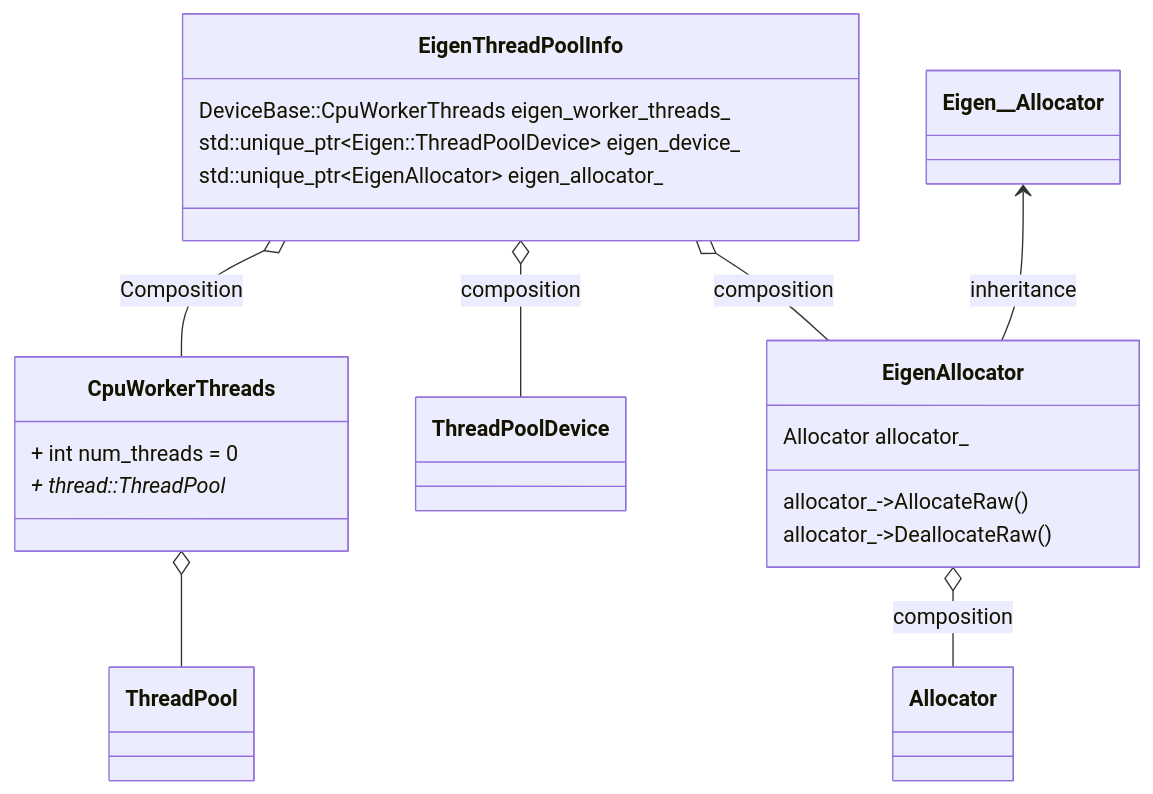
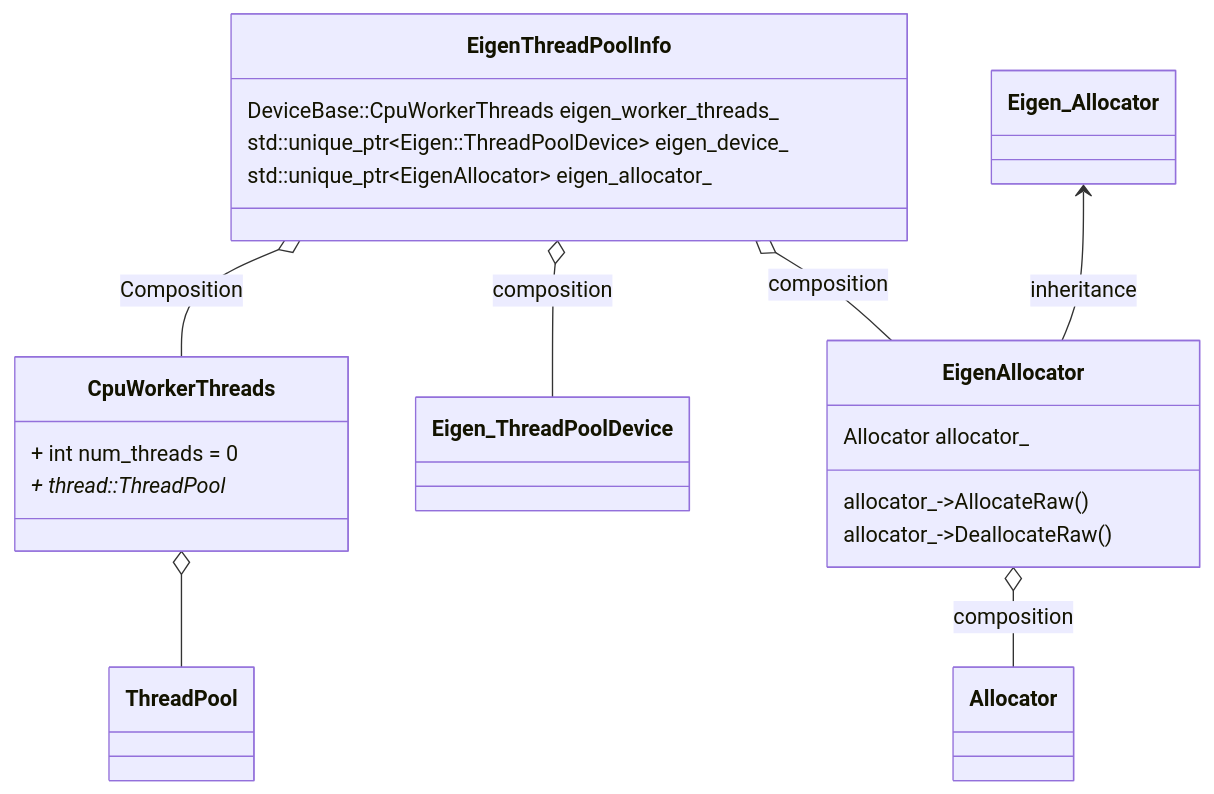
Before and after one commit to szkang1990/blog: the third of 3 diagrams in tensorflow源码精读/tensorflow源码精读之Device.md, drawn with Mermaid. The commit also changed other lines of this file, not shown here.

````diff
--- a/tensorflow源码精读/tensorflow源码精读之Device.md
+++ b/tensorflow源码精读/tensorflow源码精读之Device.md
@@ -427,22 +432,22 @@
 ```mermaid
 classDiagram
   EigenThreadPoolInfo   o-- CpuWorkerThreads: Composition
   EigenThreadPoolInfo : DeviceBase&#58&#58CpuWorkerThreads eigen_worker_threads_
   EigenThreadPoolInfo : std&#58&#58unique_ptr&#60Eigen&#58&#58ThreadPoolDevice> eigen_device_
   EigenThreadPoolInfo : std&#58&#58unique_ptr&#60EigenAllocator> eigen_allocator_
   CpuWorkerThreads : + int num_threads = 0
   CpuWorkerThreads : + thread&#58&#58ThreadPool* 
-  EigenThreadPoolInfo o-- ThreadPoolDevice : composition
+  EigenThreadPoolInfo o-- Eigen_ThreadPoolDevice : composition
   EigenThreadPoolInfo o-- EigenAllocator : composition
-  Eigen__Allocator <-- EigenAllocator: inheritance
+  Eigen_Allocator <-- EigenAllocator: inheritance
   EigenAllocator : Allocator allocator_
   EigenAllocator : allocator_->AllocateRaw()
   EigenAllocator : allocator_->DeallocateRaw()
   EigenAllocator o-- Allocator: composition
 
   CpuWorkerThreads o-- ThreadPool 
   
 
 
 
 ```
````
